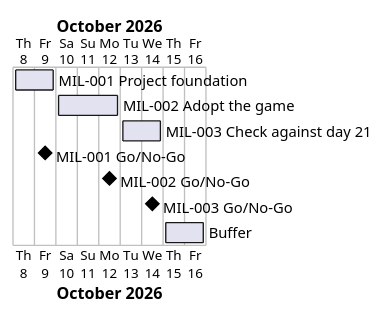
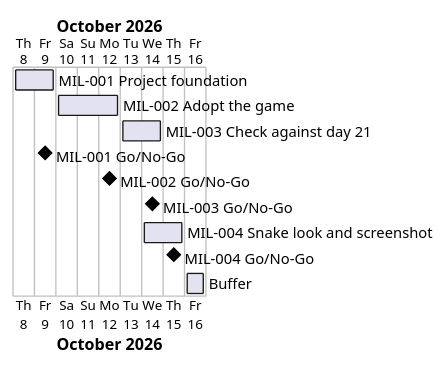
One commit to Tirsvad-Udemy-100-days-of-code/021-snake-game changed the diagram in docs/project-plan.md. Above: the diagram before and after it, drawn with PlantUML. The commit also changed other lines of this file and 9 other files, not shown here.

First line of the commit message:
Plan MIL-004: snake look, screenshot and a wiki in three languages

````diff
--- a/docs/project-plan.md
+++ b/docs/project-plan.md
@@ -41,12 +42,14 @@
 ```plantuml
 @startgantt
 Project starts 2026-10-08
 [MIL-001 Project foundation] starts 2026-10-08 and ends 2026-10-09
 [MIL-002 Adopt the game] starts 2026-10-10 and ends 2026-10-12
 [MIL-003 Check against day 21] starts 2026-10-13 and ends 2026-10-14
 [MIL-001 Go/No-Go] happens 2026-10-09
 [MIL-002 Go/No-Go] happens 2026-10-12
 [MIL-003 Go/No-Go] happens 2026-10-14
-[Buffer] starts 2026-10-15 and ends 2026-10-16
+[MIL-004 Snake look and screenshot] starts 2026-10-14 and ends 2026-10-15
+[MIL-004 Go/No-Go] happens 2026-10-15
+[Buffer] starts 2026-10-16 and ends 2026-10-16
 @endgantt
 ```
````
